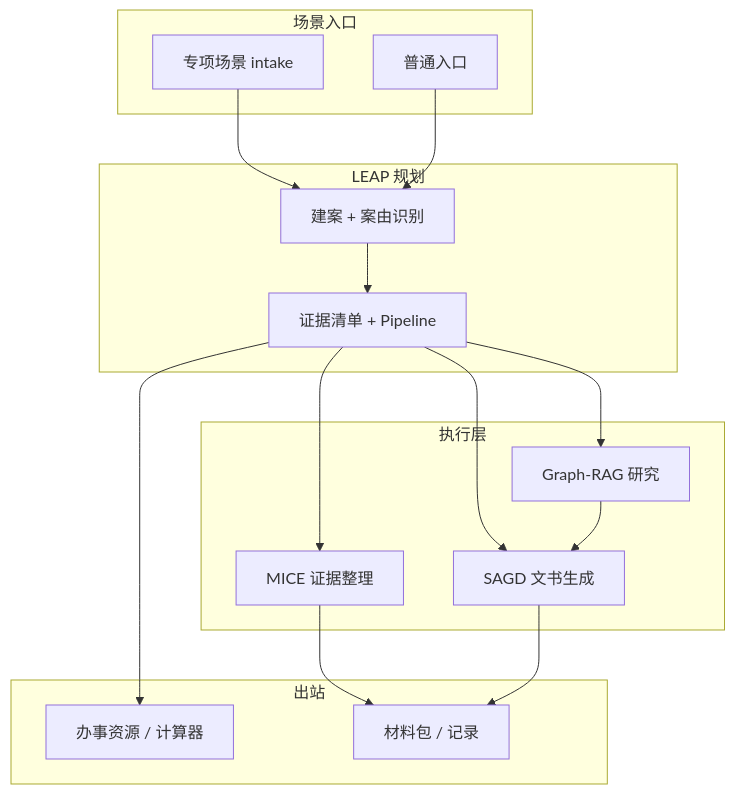
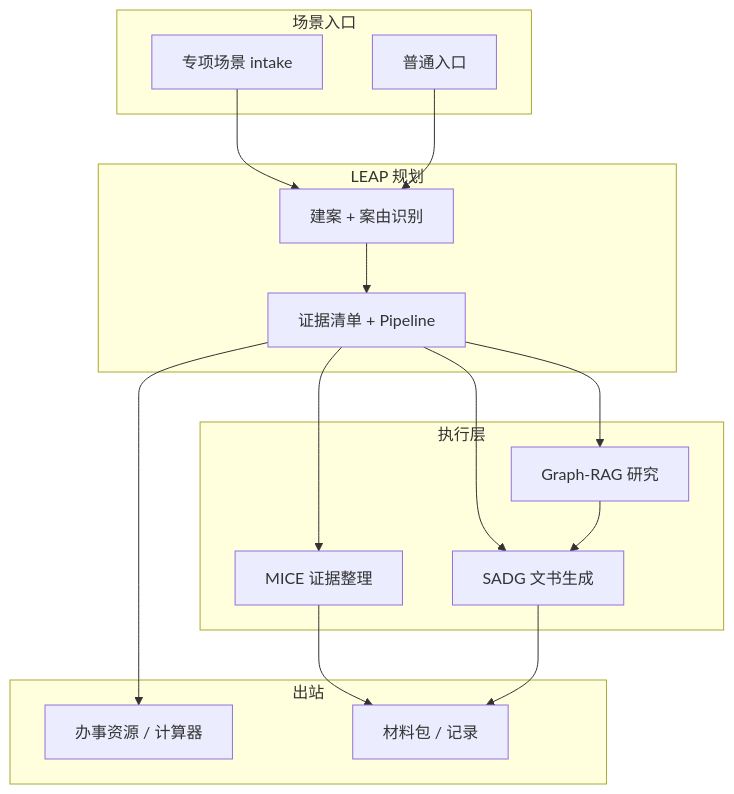
One commit to Robot-PZY/LaborAid changed the diagram in docs/competition-scenario-design-proposal.md. Above: the diagram before and after it, drawn with Mermaid. The commit also changed other lines of this file and 58 other files, not shown here.

````diff
--- a/docs/competition-scenario-design-proposal.md
+++ b/docs/competition-scenario-design-proposal.md
@@ -220,30 +220,30 @@
 ```mermaid
 flowchart TB
   subgraph 场景入口
     A1[专项场景 intake]
     A2[普通入口]
   end
   subgraph LEAP 规划
     B[建案 + 案由识别]
     C[证据清单 + Pipeline]
   end
   subgraph 执行层
     D[MICE 证据整理]
     E[Graph-RAG 研究]
-    F[SAGD 文书生成]
+    F[SADG 文书生成]
   end
   subgraph 出站
     G[办事资源 / 计算器]
     H[材料包 / 记录]
   end
   A1 --> B
   A2 --> B
   B --> C
   C --> D
   C --> E
   C --> F
   D --> H
   E --> F
   F --> H
   C --> G
 ```
````
